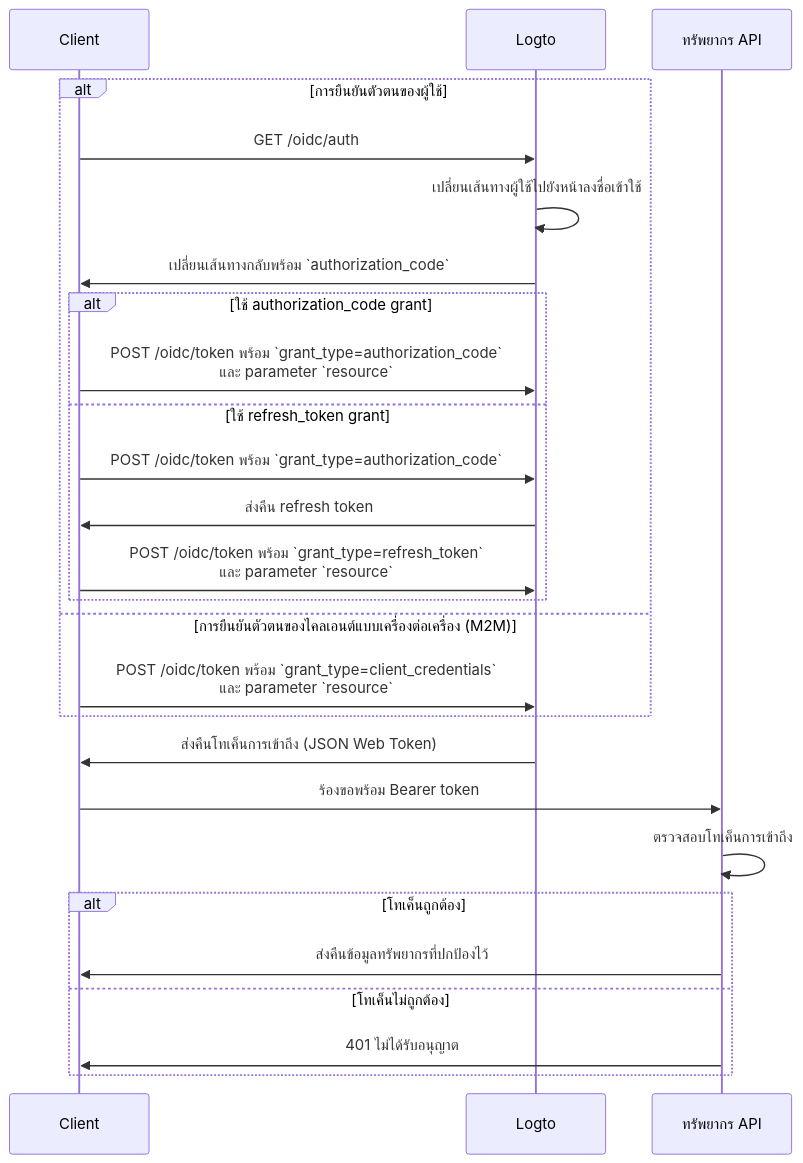
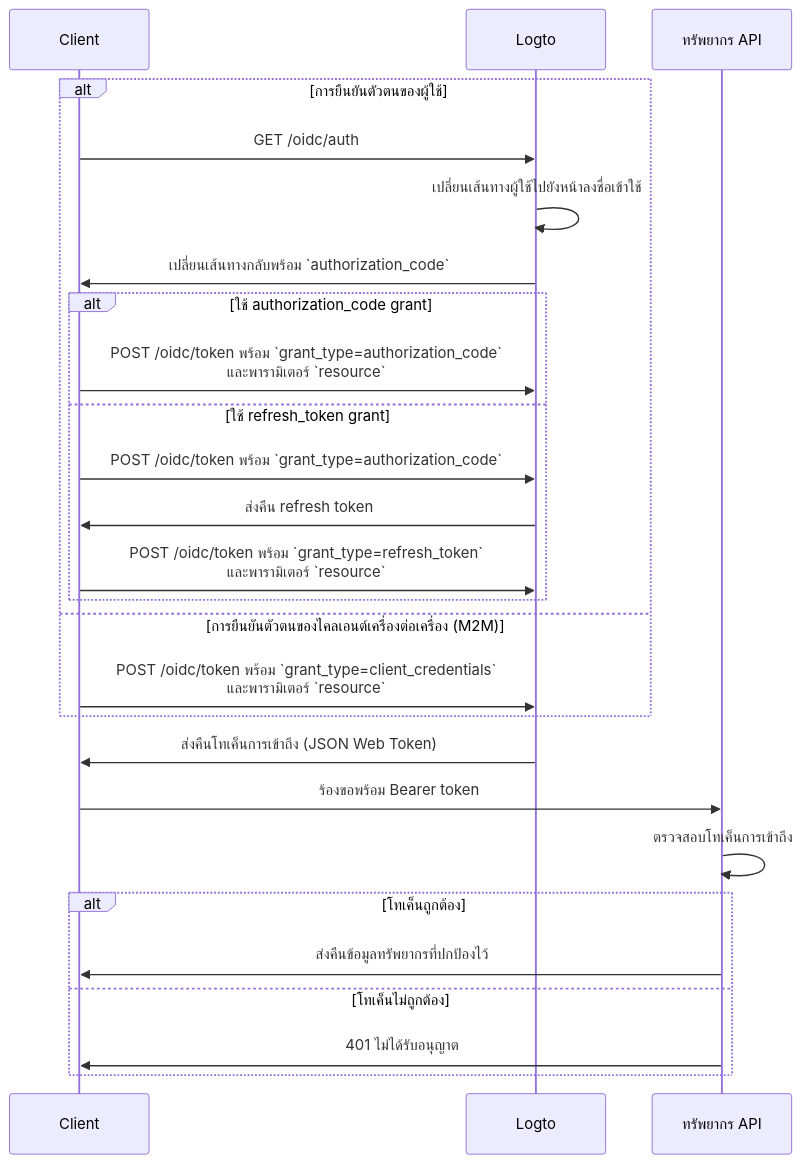
The diagram in i18n/th/docusaurus-plugin-content-docs/current/authorization/global-api-resources.mdx (logto-io/docs), drawn with Mermaid before and after one commit. The commit also changed other lines of this file and 36 other files, not shown here.

````diff
--- a/i18n/th/docusaurus-plugin-content-docs/current/authorization/global-api-resources.mdx
+++ b/i18n/th/docusaurus-plugin-content-docs/current/authorization/global-api-resources.mdx
@@ -67,31 +68,31 @@
 ```mermaid
 sequenceDiagram
     participant Client
     participant Logto
     participant API as ทรัพยากร API
 
     alt การยืนยันตัวตนของผู้ใช้
         Client->>Logto: GET /oidc/auth
         Logto->>Logto: เปลี่ยนเส้นทางผู้ใช้ไปยังหน้าลงชื่อเข้าใช้
         Logto->>Client: เปลี่ยนเส้นทางกลับพร้อม `authorization_code`
         alt ใช้ authorization_code grant
-            Client->>Logto: POST /oidc/token พร้อม `grant_type=authorization_code`<br/>และ parameter `resource`
+            Client->>Logto: POST /oidc/token พร้อม `grant_type=authorization_code`<br/>และพารามิเตอร์ `resource`
         else ใช้ refresh_token grant
             Client->>Logto: POST /oidc/token พร้อม `grant_type=authorization_code`
             Logto->>Client: ส่งคืน refresh token
-            Client->>Logto: POST /oidc/token พร้อม `grant_type=refresh_token`<br/>และ parameter `resource`
+            Client->>Logto: POST /oidc/token พร้อม `grant_type=refresh_token`<br/>และพารามิเตอร์ `resource`
         end
-    else การยืนยันตัวตนของไคลเอนต์แบบเครื่องต่อเครื่อง (M2M)
-        Client->>Logto: POST /oidc/token พร้อม `grant_type=client_credentials`<br/>และ parameter `resource`
+    else การยืนยันตัวตนของไคลเอนต์เครื่องต่อเครื่อง (M2M)
+        Client->>Logto: POST /oidc/token พร้อม `grant_type=client_credentials`<br/>และพารามิเตอร์ `resource`
     end
 
     Logto->>Client: ส่งคืนโทเค็นการเข้าถึง (JSON Web Token)
     Client->>API: ร้องขอพร้อม Bearer token
     API->>API: ตรวจสอบโทเค็นการเข้าถึง
 
     alt โทเค็นถูกต้อง
       API->>Client: ส่งคืนข้อมูลทรัพยากรที่ปกป้องไว้
     else โทเค็นไม่ถูกต้อง
       API->>Client: 401 ไม่ได้รับอนุญาต
     end
 ```
````
